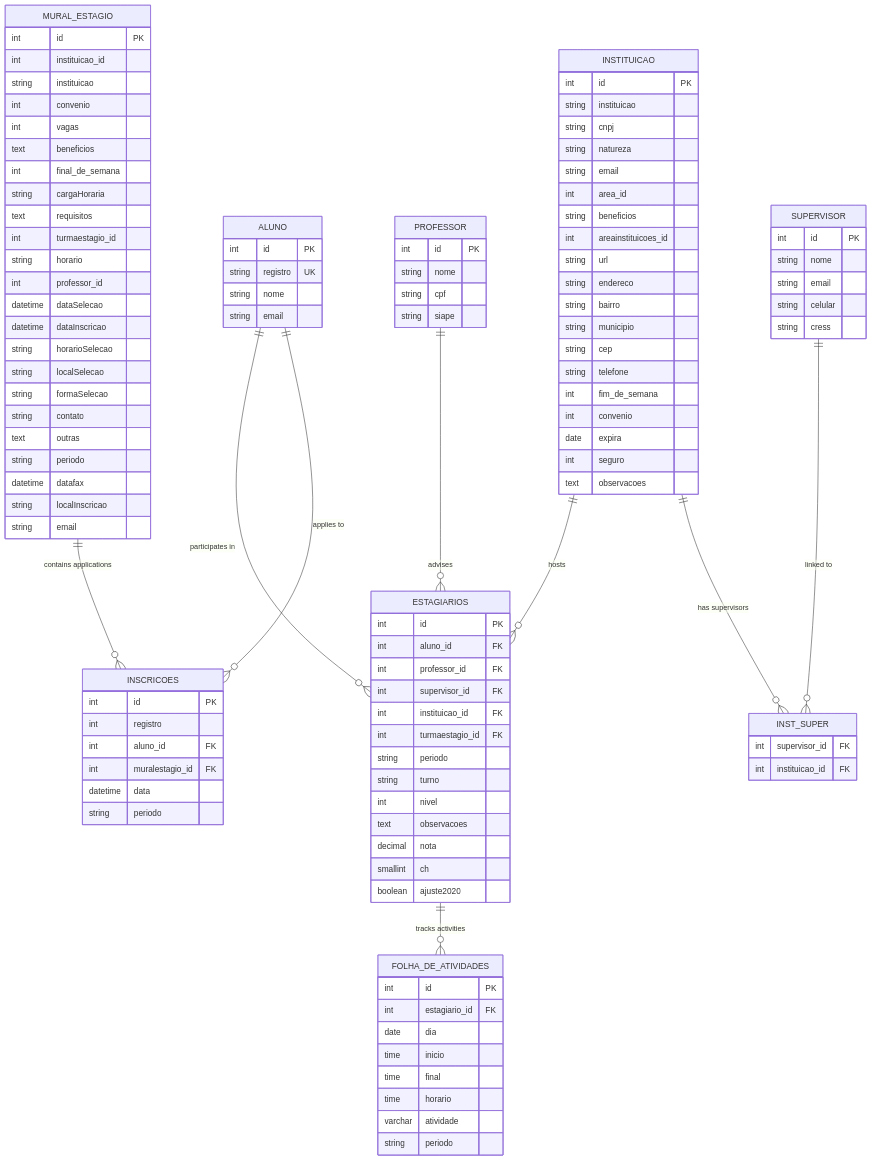
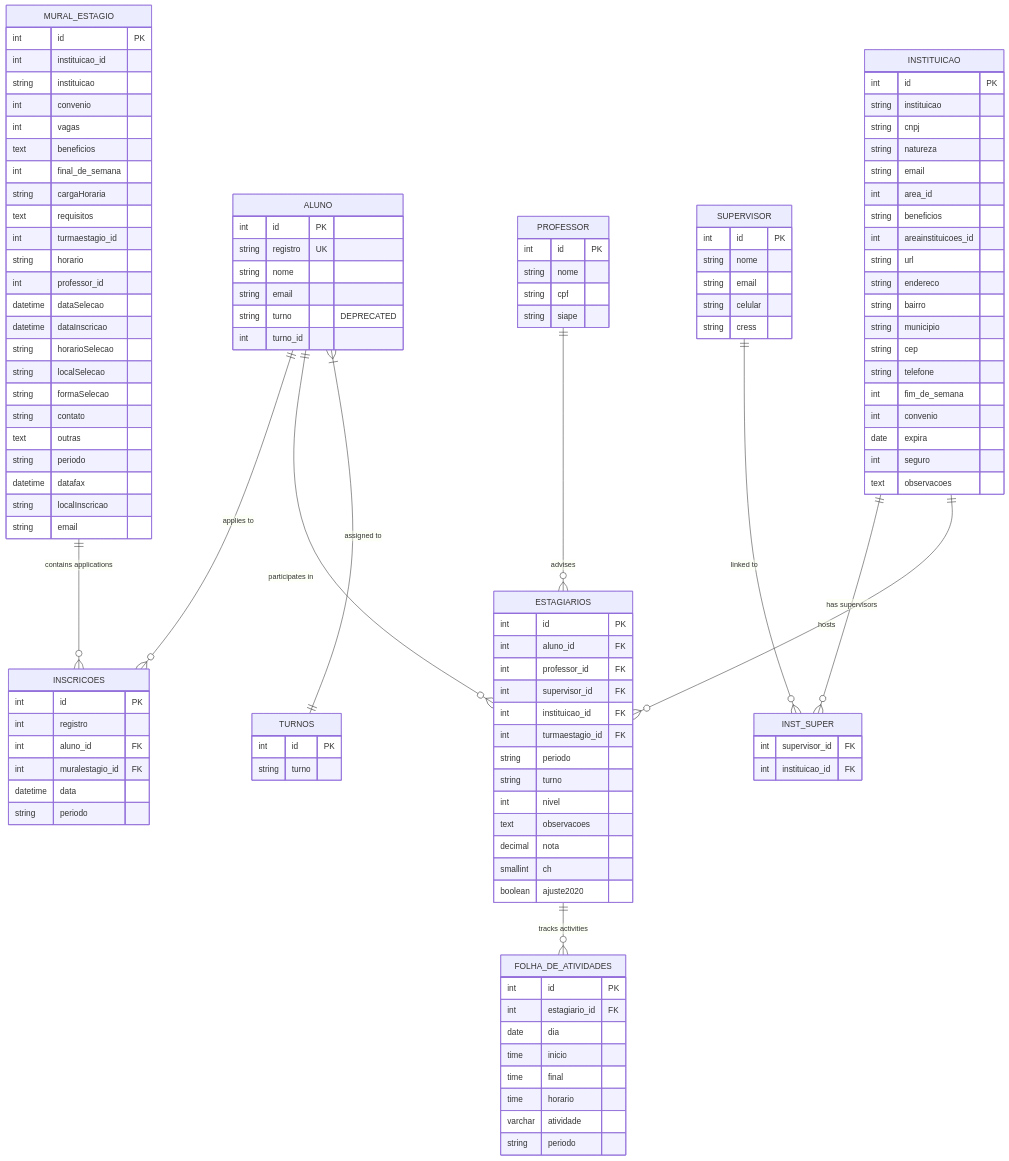
The third of 4 diagrams in .qoder/repowiki/en/content/Data Models & Database Design/Student & Internship Models.md (luiseduacosta/nodemural), drawn with Mermaid before and after one commit. The commit also changed other lines of this file and 4 other files, not shown here.

````diff
--- a/.qoder/repowiki/en/content/Data Models & Database Design/Student & Internship Models.md
+++ b/.qoder/repowiki/en/content/Data Models & Database Design/Student & Internship Models.md
@@ -349,6 +399,8 @@
 string registro UK
 string nome
 string email
+string turno "DEPRECATED"
+int turno_id
 }
 PROFESSOR {
 int id PK
@@ -446,6 +498,10 @@
 int supervisor_id FK
 int instituicao_id FK
 }
+TURNOS {
+int id PK
+string turno
+}
 ALUNO ||--o{ INSCRICOES : "applies to"
 ALUNO ||--o{ ESTAGIARIOS : "participates in"
 PROFESSOR ||--o{ ESTAGIARIOS : "advises"
@@ -454,4 +510,5 @@
 INSTITUICAO ||--o{ ESTAGIARIOS : "hosts"
 MURAL_ESTAGIO ||--o{ INSCRICOES : "contains applications"
 ESTAGIARIOS ||--o{ FOLHA_DE_ATIVIDADES : "tracks activities"
+ALUNO }|--|| TURNOS : "assigned to"
 ```
````
